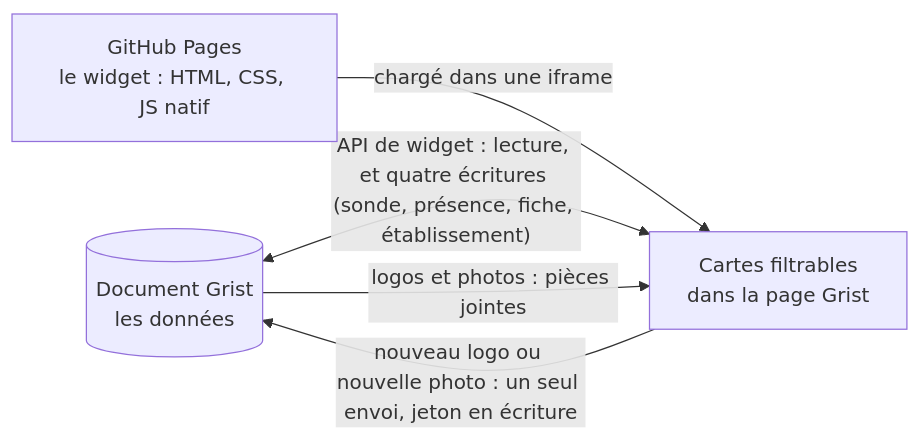
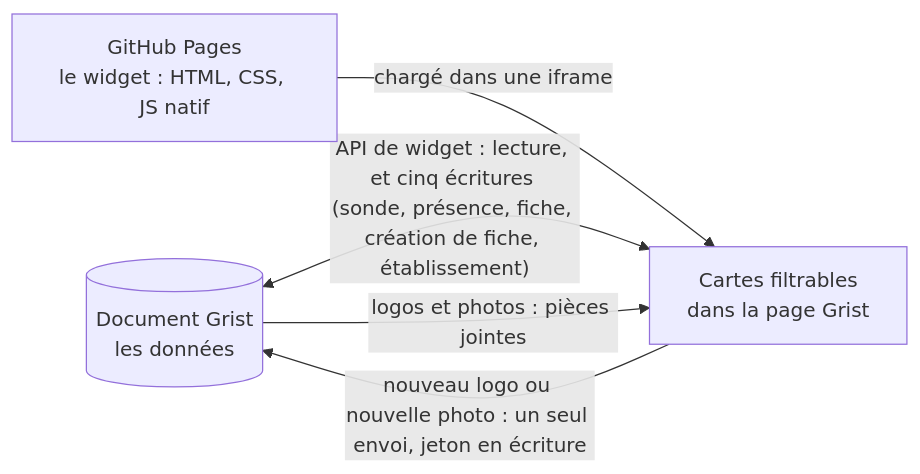
One commit to lombre33/Annuaire_PUI_Bordeaux changed the diagram in README.md. Above: the diagram before and after it, drawn with Mermaid. The commit also changed other lines of this file and 10 other files, not shown here.

````diff
--- a/README.md
+++ b/README.md
@@ -93,10 +94,10 @@
 ```mermaid
 flowchart LR
     grist[("Document Grist<br/>les données")]
     pages["GitHub Pages<br/>le widget : HTML, CSS, JS natif"]
     cards["Cartes filtrables<br/>dans la page Grist"]
     pages -->|"chargé dans une iframe"| cards
-    grist <-->|"API de widget : lecture, et quatre écritures (sonde, présence, fiche, établissement)"| cards
+    grist <-->|"API de widget : lecture, et cinq écritures (sonde, présence, fiche, création de fiche, établissement)"| cards
     grist -->|"logos et photos : pièces jointes"| cards
     cards -->|"nouveau logo ou nouvelle photo : un seul envoi, jeton en écriture"| grist
 ```
````
